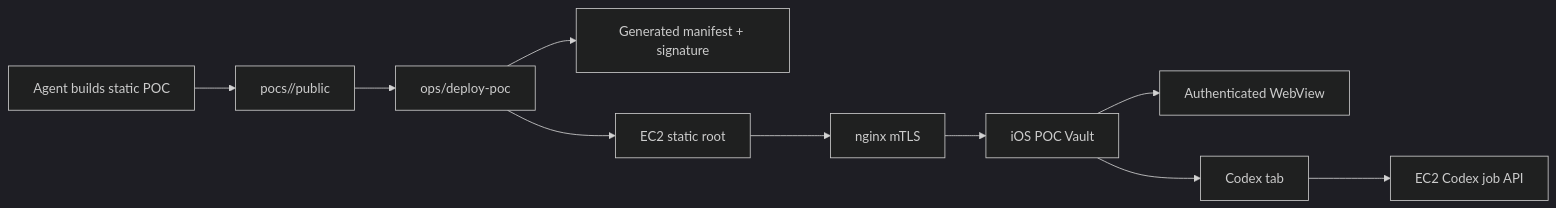
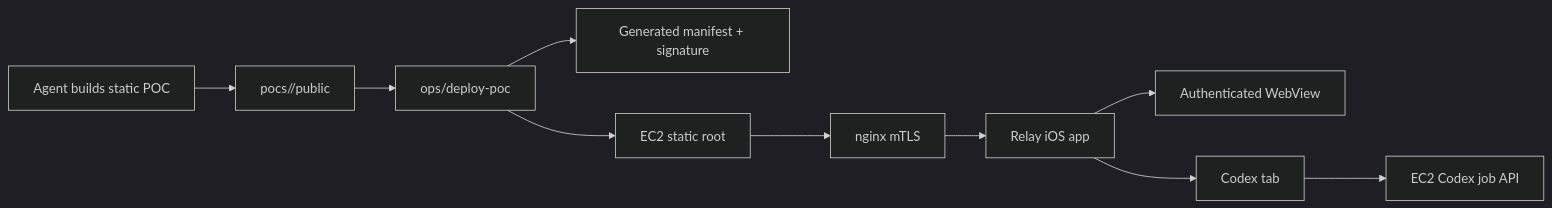
One commit to speedcuber911/private-ios-poc-vault changed the diagram in README.md. Above: the diagram before and after it, drawn with Mermaid (dark theme). The commit also changed other lines of this file and 1 other file, not shown here.

Commit message:
docs: clarify relay branding

````diff
--- a/README.md
+++ b/README.md
@@ -34,12 +52,12 @@
 ```mermaid
 flowchart LR
   Agent["Agent builds static POC"] --> Source["pocs/<slug>/public"]
   Source --> Deploy["ops/deploy-poc"]
   Deploy --> Manifest["Generated manifest + signature"]
   Deploy --> VM["EC2 static root"]
   VM --> Nginx["nginx mTLS"]
-  Nginx --> App["iOS POC Vault"]
+  Nginx --> App["Relay iOS app"]
   App --> WebView["Authenticated WebView"]
   App --> CodexTab["Codex tab"]
   CodexTab --> CodexAPI["EC2 Codex job API"]
 ```
````
